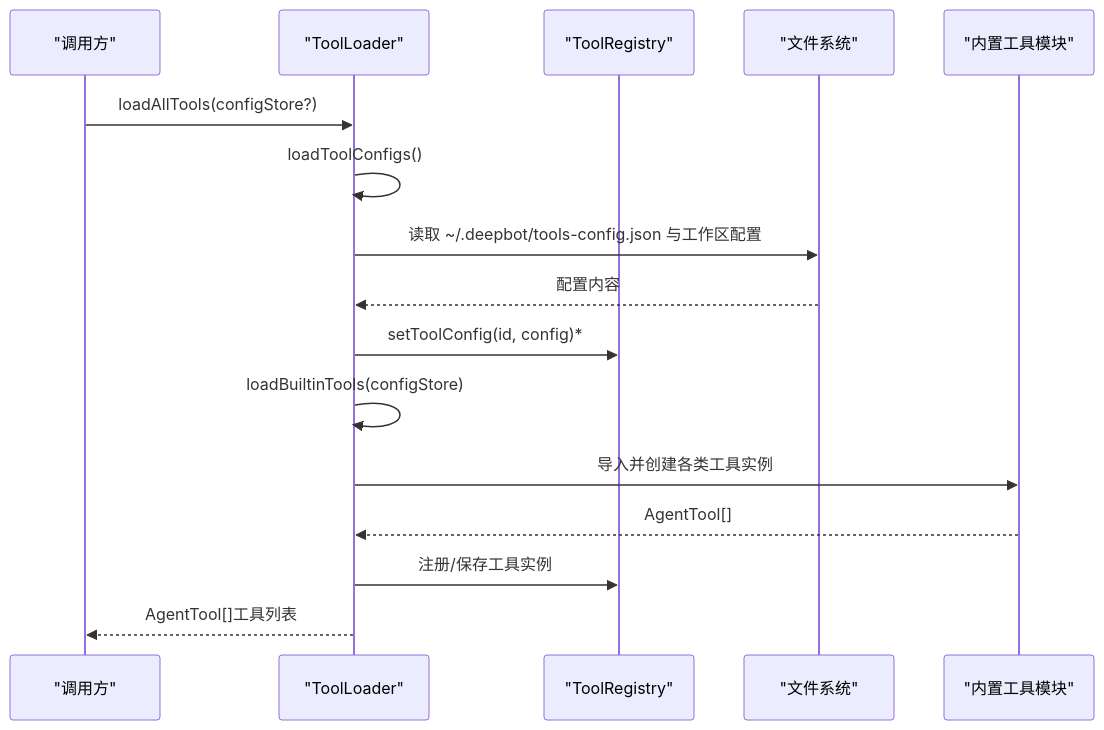
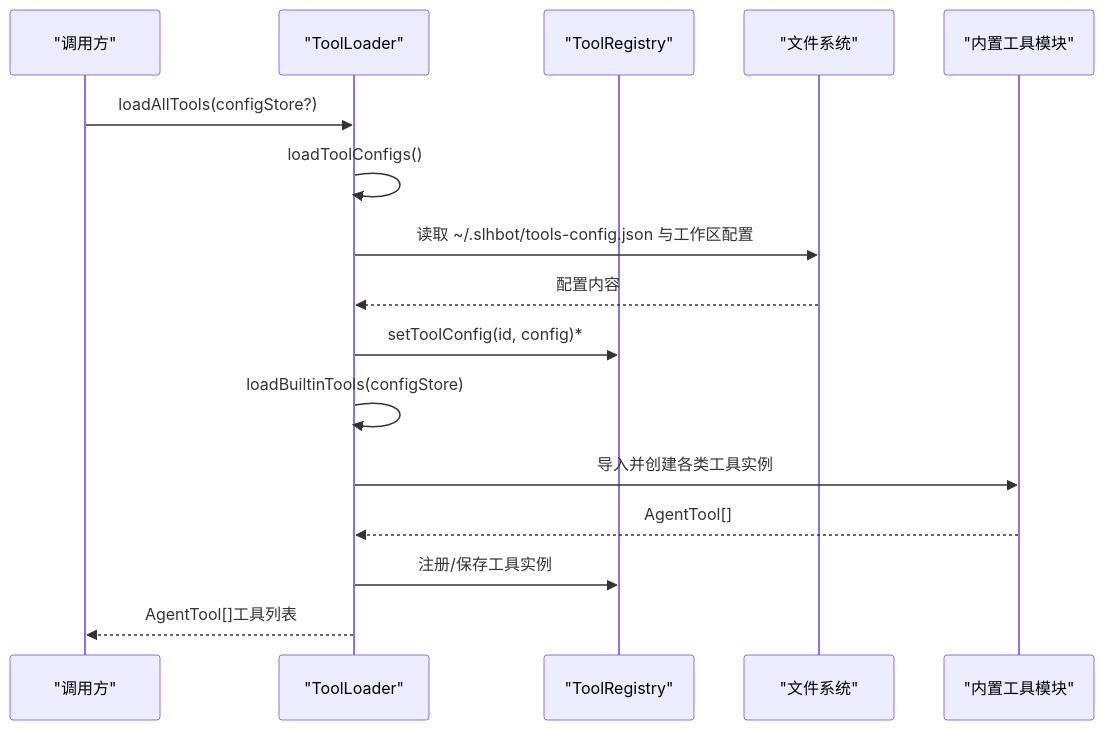
Before and after one commit to HEROhuqinchao/deepbot: the second of 11 diagrams in .qoder/repowiki/zh/content/核心模块详解/工具系统架构/工具加载器.md, drawn with Mermaid. The commit also changed other lines of this file and 250 other files, not shown here.

````diff
--- a/.qoder/repowiki/zh/content/核心模块详解/工具系统架构/工具加载器.md
+++ b/.qoder/repowiki/zh/content/核心模块详解/工具系统架构/工具加载器.md
@@ -96,18 +96,18 @@
 ```mermaid
 sequenceDiagram
 participant Caller as "调用方"
 participant Loader as "ToolLoader"
 participant Registry as "ToolRegistry"
 participant FS as "文件系统"
 participant Tools as "内置工具模块"
 Caller->>Loader : loadAllTools(configStore?)
 Loader->>Loader : loadToolConfigs()
-Loader->>FS : 读取 ~/.deepbot/tools-config.json 与工作区配置
+Loader->>FS : 读取 ~/.slhbot/tools-config.json 与工作区配置
 FS-->>Loader : 配置内容
 Loader->>Registry : setToolConfig(id, config)*
 Loader->>Loader : loadBuiltinTools(configStore)
 Loader->>Tools : 导入并创建各类工具实例
 Tools-->>Loader : AgentTool[]
 Loader->>Registry : 注册/保存工具实例
 Loader-->>Caller : AgentTool[]工具列表
 ```
````
